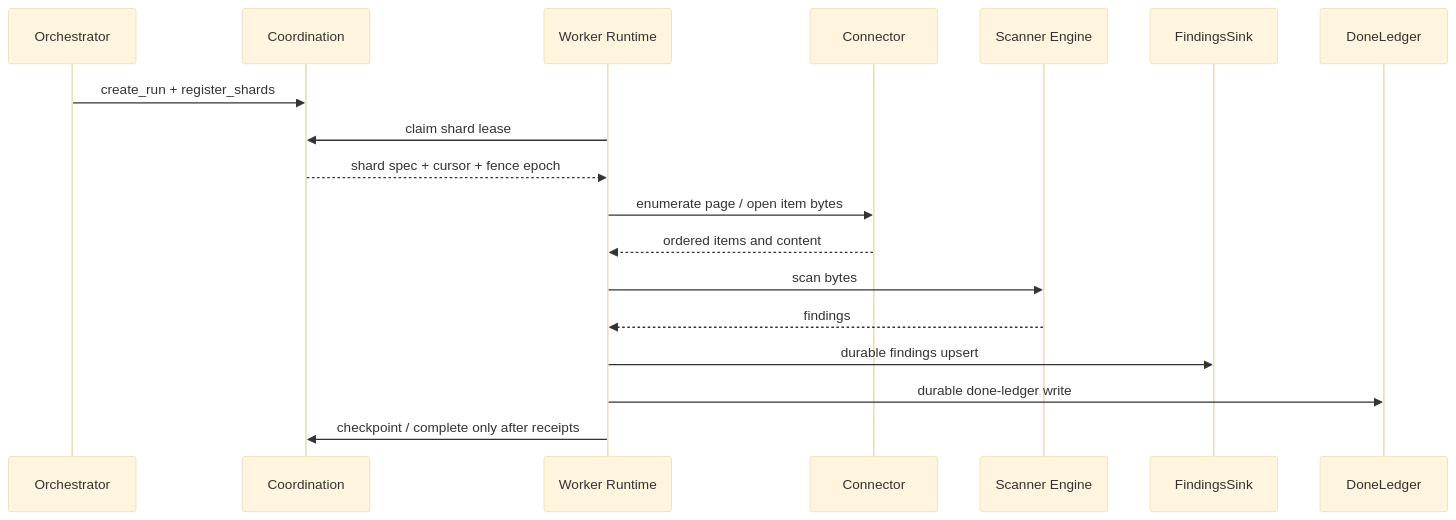
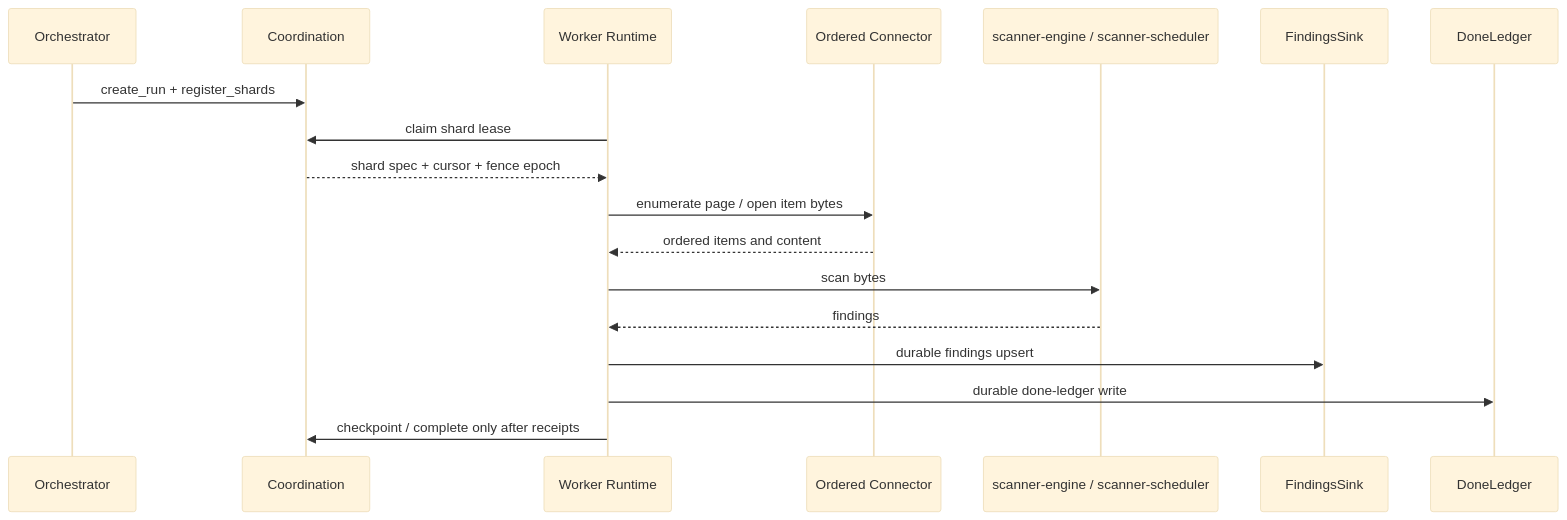
The third of 3 diagrams in 00-prologue/03-architecture-at-a-glance.md (ahrav/gossip-rs-learning-guide), drawn with Mermaid (base theme) before and after one commit. The commit also changed other lines of this file and 1 other file, not shown here.

````diff
--- a/00-prologue/03-architecture-at-a-glance.md
+++ b/00-prologue/03-architecture-at-a-glance.md
@@ -225,21 +226,21 @@
 ```mermaid
 sequenceDiagram
     participant OR as Orchestrator
     participant CO as Coordination
     participant WR as Worker Runtime
-    participant CN as Connector
-    participant EN as Scanner Engine
+    participant CN as Ordered Connector
+    participant EN as scanner-engine / scanner-scheduler
     participant FI as FindingsSink
     participant DL as DoneLedger
 
     OR->>CO: create_run + register_shards
     WR->>CO: claim shard lease
     CO-->>WR: shard spec + cursor + fence epoch
     WR->>CN: enumerate page / open item bytes
     CN-->>WR: ordered items and content
     WR->>EN: scan bytes
     EN-->>WR: findings
     WR->>FI: durable findings upsert
     WR->>DL: durable done-ledger write
     WR->>CO: checkpoint / complete only after receipts
 ```
````
